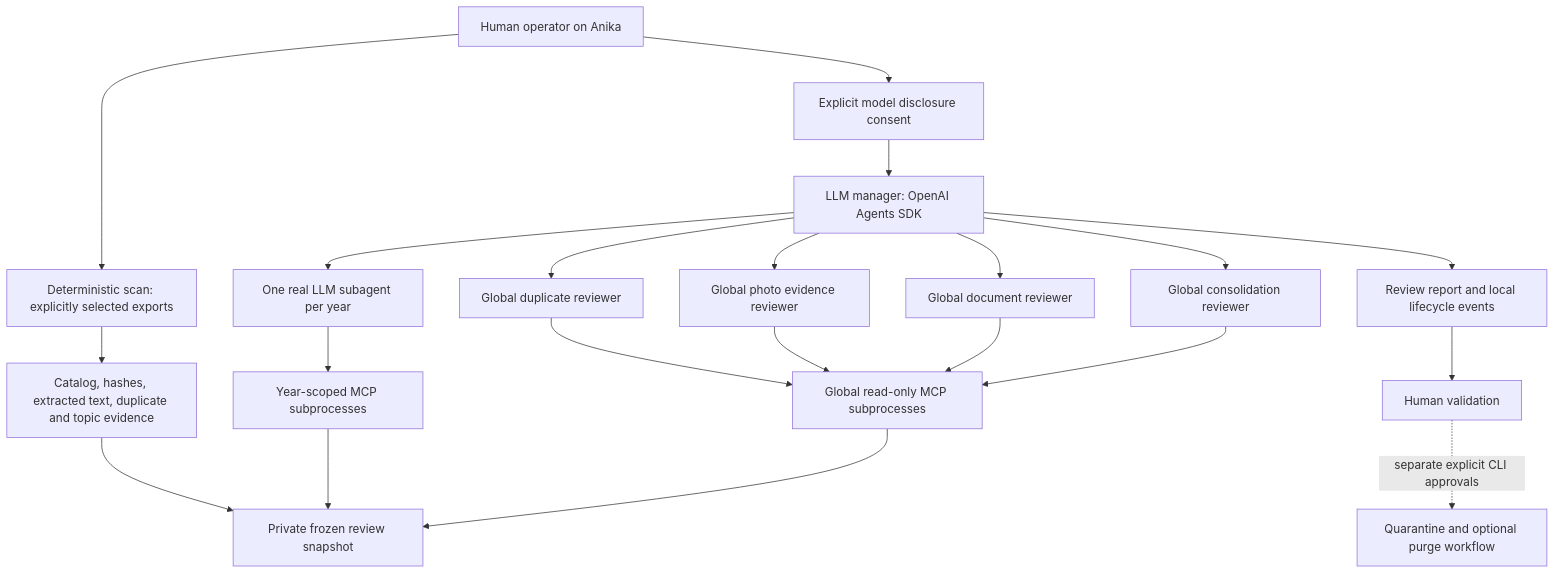
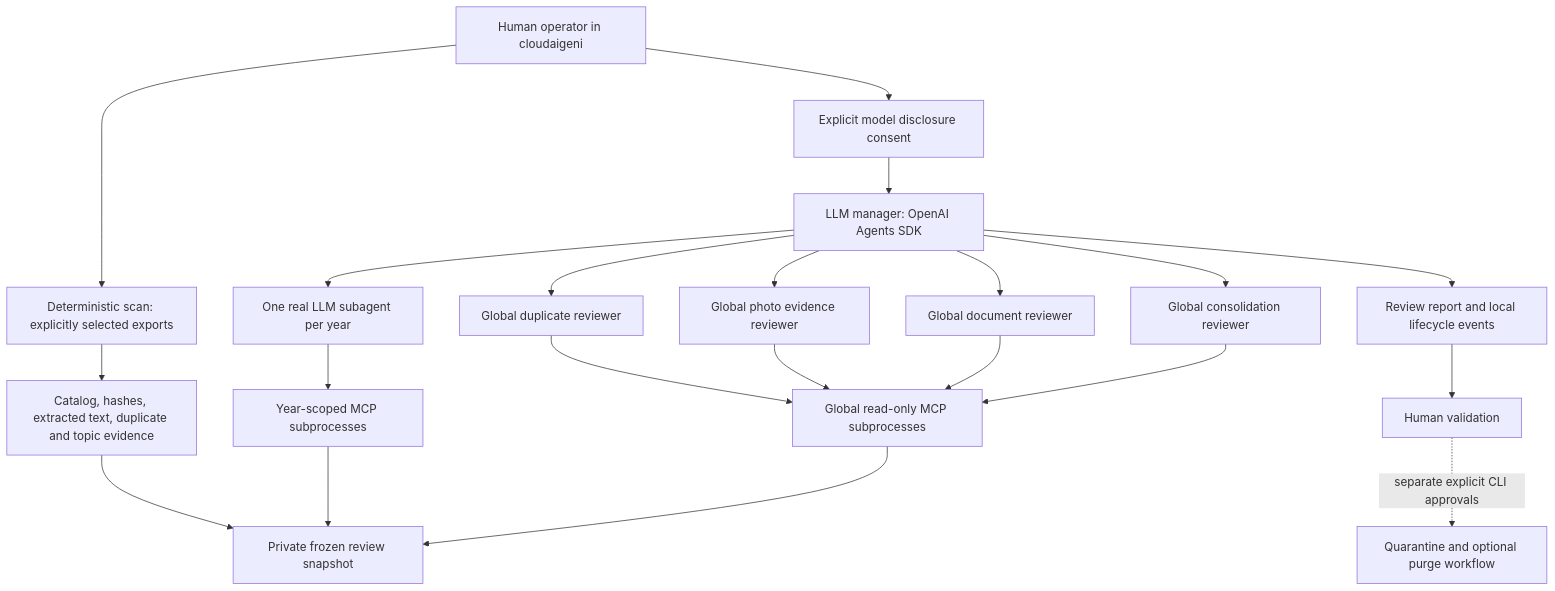
Before and after one commit to cloudaigeni-cell/CloudGenie-Library-Agents: the diagram in docs/AGENT-ARCHITECTURE.md, drawn with Mermaid. The commit also changed other lines of this file and 5 other files, not shown here.

````diff
--- a/docs/AGENT-ARCHITECTURE.md
+++ b/docs/AGENT-ARCHITECTURE.md
@@ -17,23 +17,23 @@
 ```mermaid
 flowchart TD
-    U[Human operator on Anika] --> S[Deterministic scan: explicitly selected exports]
+    U[Human operator in cloudaigeni] --> S[Deterministic scan: explicitly selected exports]
     S --> E[Catalog, hashes, extracted text, duplicate and topic evidence]
     E --> F[Private frozen review snapshot]
     U --> C[Explicit model disclosure consent]
     C --> M[LLM manager: OpenAI Agents SDK]
     M --> Y[One real LLM subagent per year]
     M --> D[Global duplicate reviewer]
     M --> P[Global photo evidence reviewer]
     M --> T[Global document reviewer]
     M --> B[Global consolidation reviewer]
     Y --> MY[Year-scoped MCP subprocesses]
     D --> MG[Global read-only MCP subprocesses]
     P --> MG
     T --> MG
     B --> MG
     MY --> F
     MG --> F
     M --> R[Review report and local lifecycle events]
     R --> H[Human validation]
     H -. separate explicit CLI approvals .-> Q[Quarantine and optional purge workflow]
 ```
````
